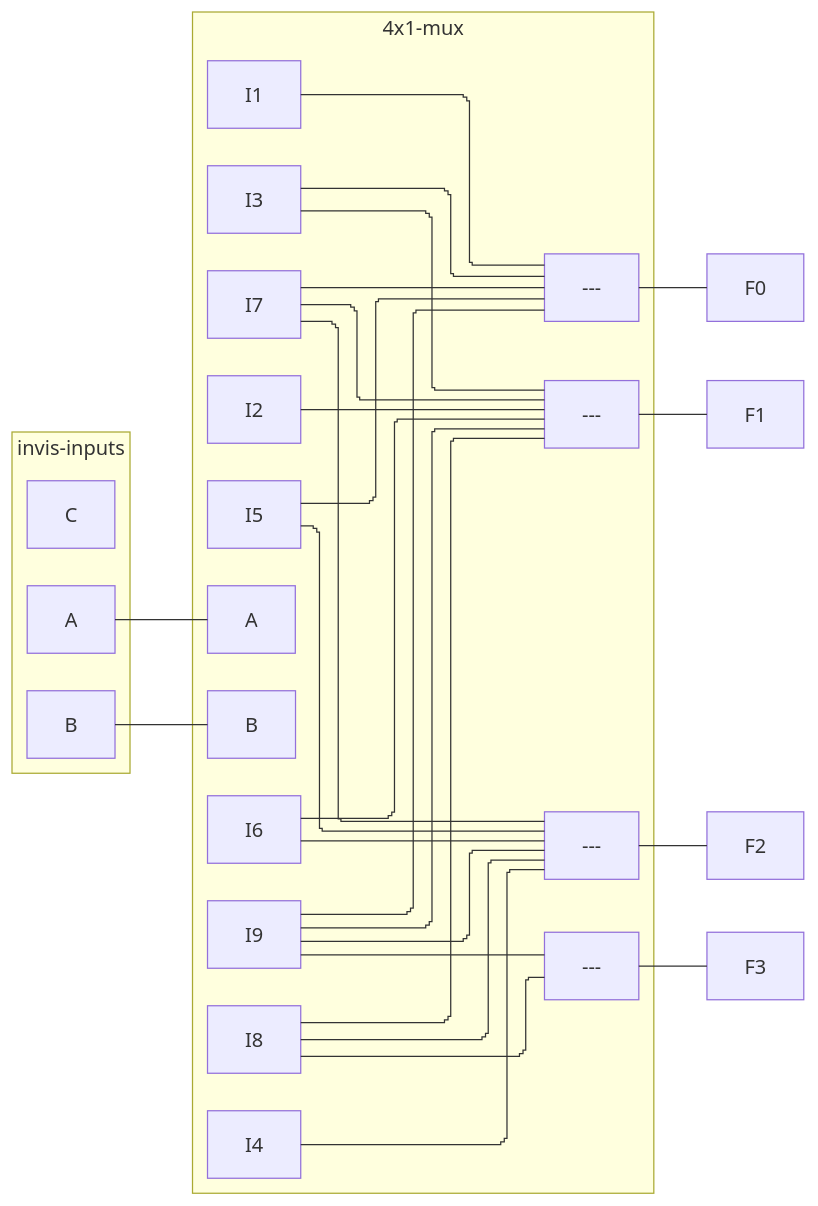
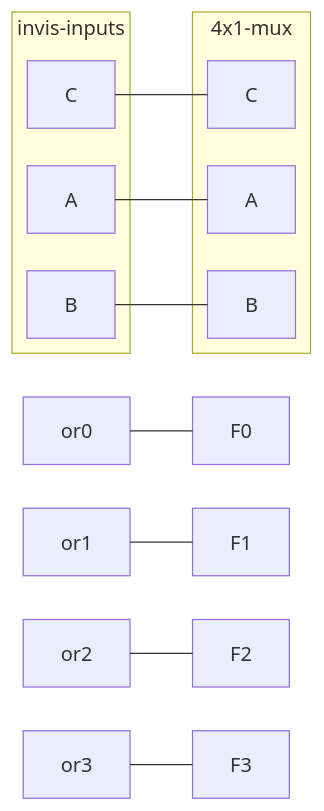
The fourth of 4 diagrams in CSDS 281 - Logic Design/HW/7/tables.md (tnichols217/notes), drawn with Mermaid before and after one commit.

Commit message:
vault backup: 2024-03-27 11:57:14

````diff
--- a/CSDS 281 - Logic Design/HW/7/tables.md
+++ b/CSDS 281 - Logic Design/HW/7/tables.md
@@ -150,22 +150,18 @@
 ```mermaid
 %%{ init: { 'flowchart': { 'curve': 'stepBefore', "defaultRenderer": "elk" } } }%%
 flowchart LR
 subgraph invis-inputs
 A
 B
 C
 end
 subgraph 4x1-mux
 A --- Am[A]
 B --- Bm[B]
-C 
-I1 & I3 & I5 & I7 & I9 --- or0[---]
-I2 & I3 & I6 & I7 & I8 & I9 --- or1[---]
-I4 & I5 & I6 & I7 & I8 & I9 --- or2[---]
-I8 & I9 --- or3[---]
+C --- Cm[C]
 end
 or0 --- F0
 or1 --- F1
 or2 --- F2
 or3 --- F3
 ```
````
